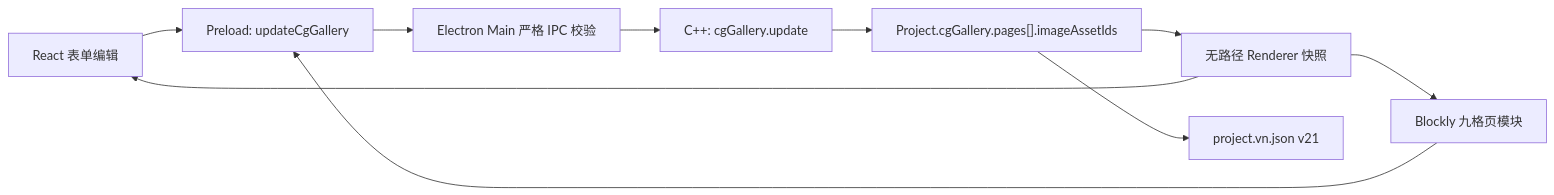
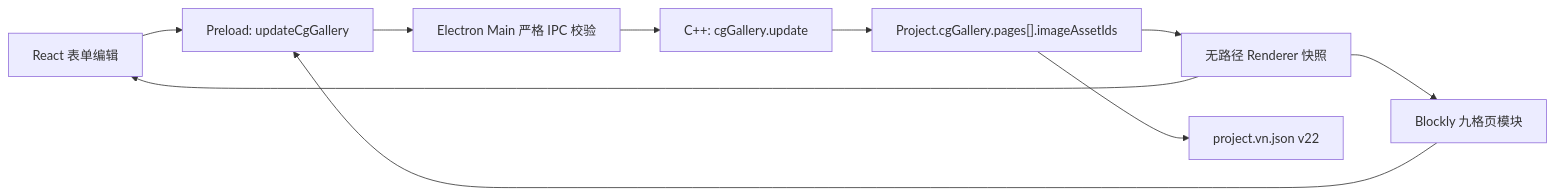
One commit to DarkboyRyan/Scratch-Novel-Engine changed the first of 2 diagrams in docs/cg-gallery-implementation.md. Above: the diagram before and after it, drawn with Mermaid. The commit also changed other lines of this file and 166 other files, not shown here.

````diff
--- a/docs/cg-gallery-implementation.md
+++ b/docs/cg-gallery-implementation.md
@@ -73,12 +73,12 @@
 ```mermaid
 flowchart LR
   FORM["React 表单编辑"] --> INVOKE["Preload: updateCgGallery"]
   BLOCKLY["Blockly 九格页模块"] --> INVOKE
   INVOKE --> IPC["Electron Main 严格 IPC 校验"]
   IPC --> BACKEND["C++: cgGallery.update"]
   BACKEND --> PROJECT["Project.cgGallery.pages[].imageAssetIds"]
   PROJECT --> SNAPSHOT["无路径 Renderer 快照"]
-  PROJECT --> FILE["project.vn.json v21"]
+  PROJECT --> FILE["project.vn.json v22"]
   SNAPSHOT --> FORM
   SNAPSHOT --> BLOCKLY
 ```
````
